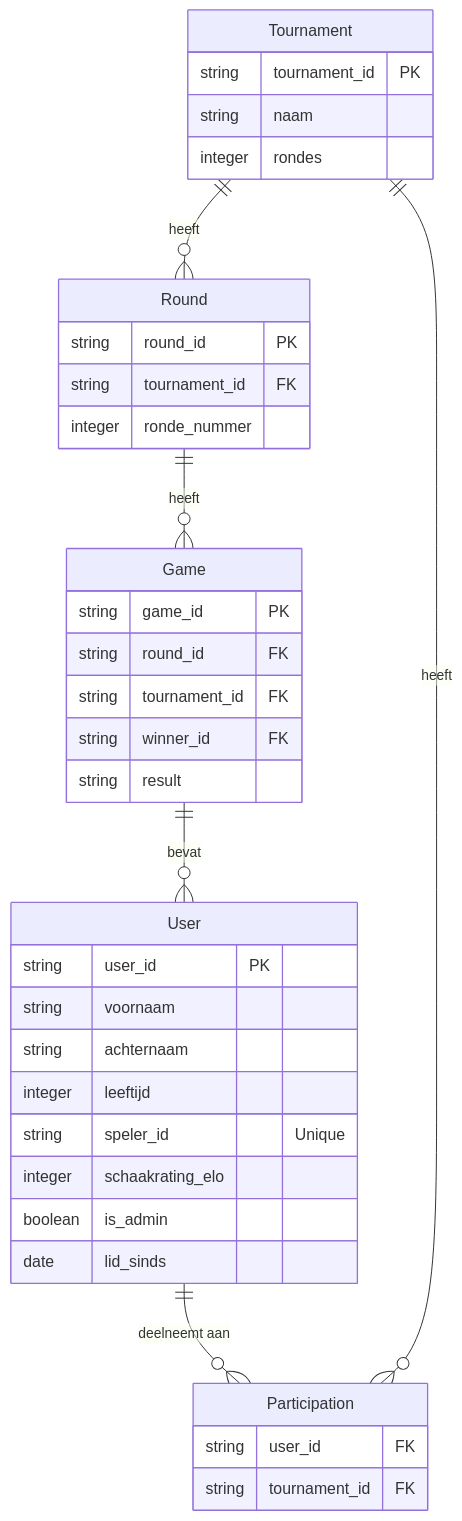
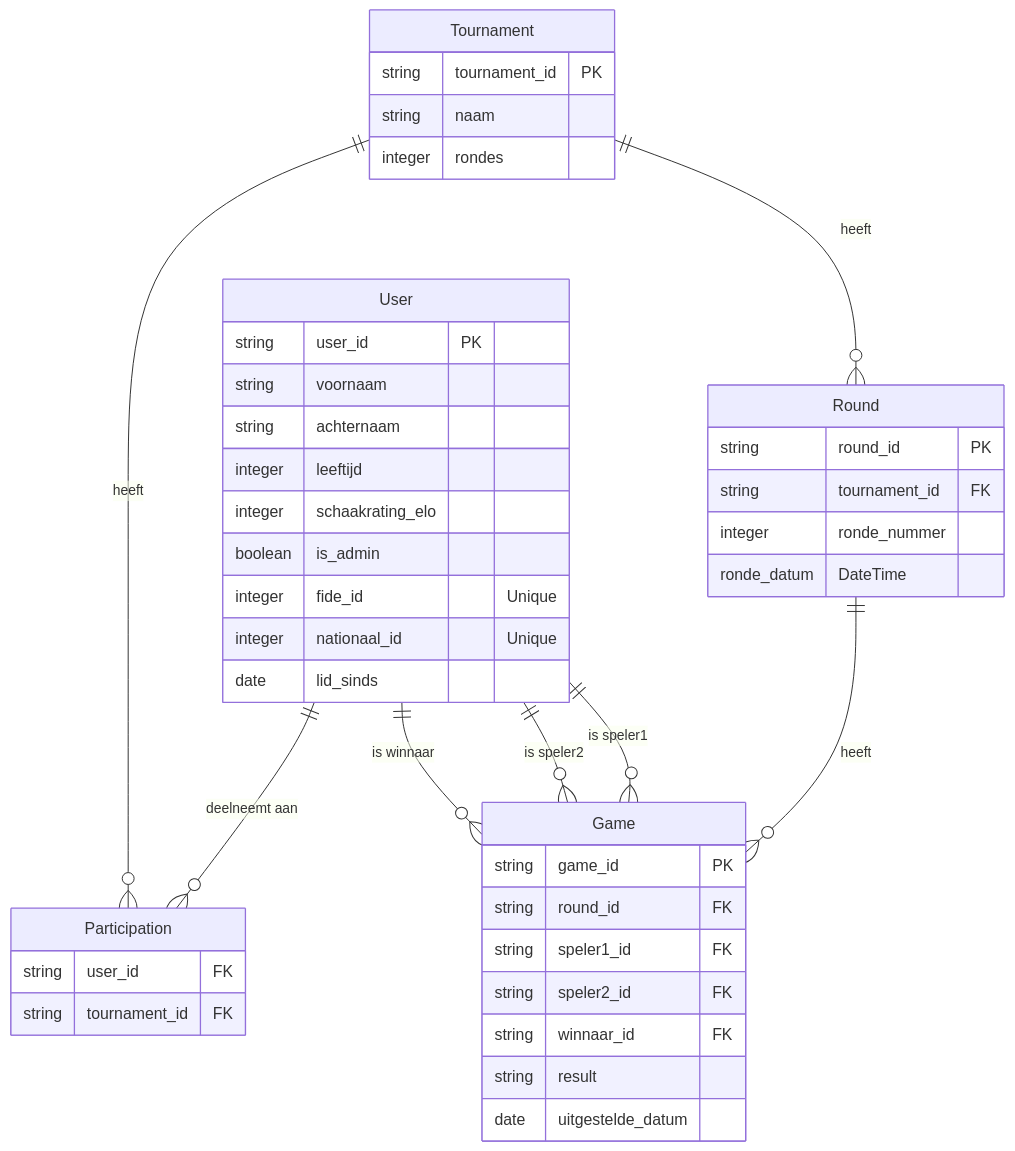
The diagram in dossier.md (Jessevdonck/KSKColle), drawn with Mermaid before and after one commit. The commit also changed 19 other files, not shown here.

Commit message:
Service en REST map toegevoegd + ERD

````diff
--- a/dossier.md
+++ b/dossier.md
@@ -36,44 +36,51 @@
 ```mermaid
 erDiagram
     User {
         string user_id PK
         string voornaam
         string achternaam
         integer leeftijd
-        string speler_id "Unique"
         integer schaakrating_elo
         boolean is_admin
+        integer fide_id "Unique"
+        integer nationaal_id "Unique"
         date lid_sinds 
     }
 
     Tournament {
         string tournament_id PK
         string naam
         integer rondes
     }
 
     Round {
         string round_id PK
         string tournament_id FK
         integer ronde_nummer
+        ronde_datum DateTime
     }
 
     Game {
         string game_id PK
         string round_id FK
-        string tournament_id FK
-        string winner_id FK
+        string speler1_id FK
+        string speler2_id FK
+        string winnaar_id FK
         string result
+        date uitgestelde_datum
     }
 
     Participation {
         string user_id FK
         string tournament_id FK
     }
 
     User ||--o{ Participation : "deelneemt aan"
     Tournament ||--o{ Participation : "heeft"
     Tournament ||--o{ Round : "heeft"
     Round ||--o{ Game : "heeft"
-    Game ||--o{ User : "bevat" 
+    
+    User ||--o{ Game : "is speler1"
+    User ||--o{ Game : "is speler2"
+    User ||--o{ Game : "is winnaar"
 ```
````
